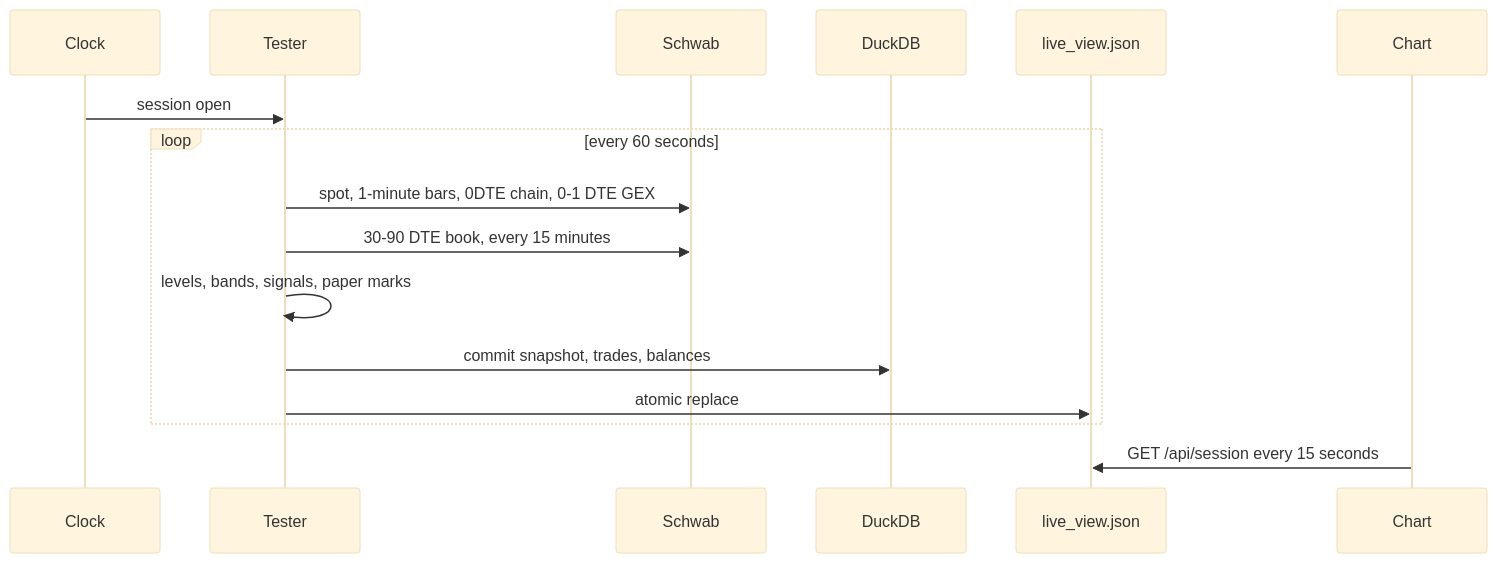
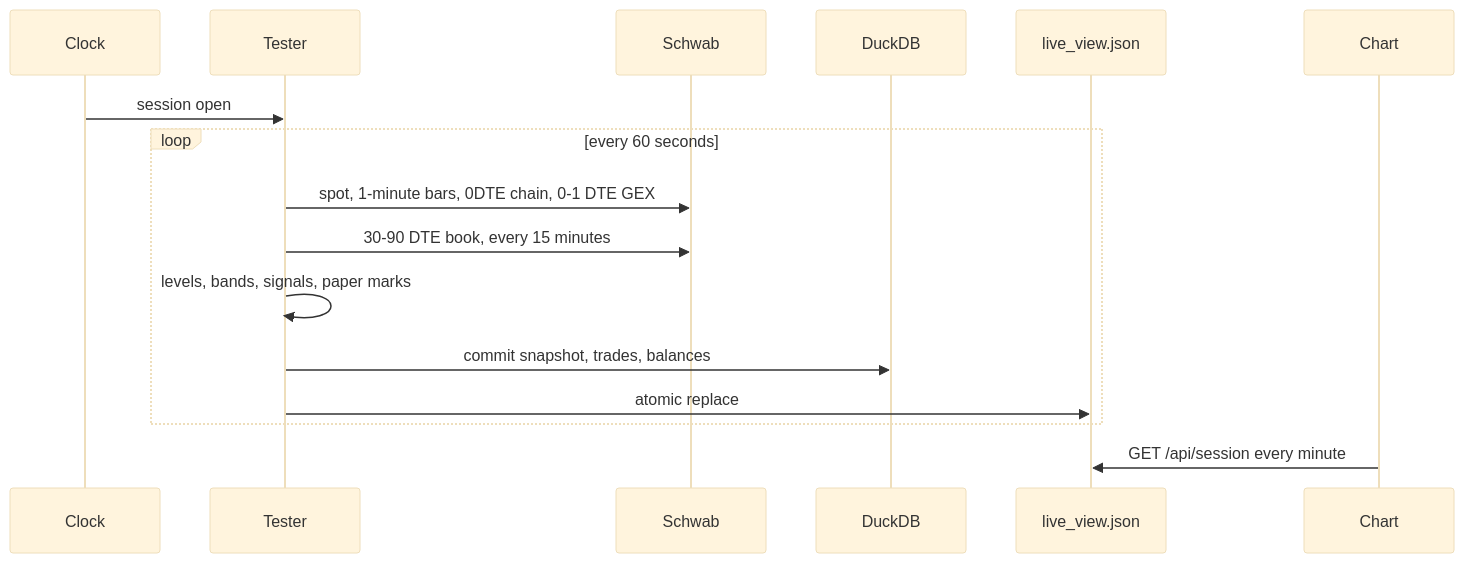
Before and after one commit to DBurca/GEXFlowTrader: the second of 4 diagrams in README.md, drawn with Mermaid (base theme). The commit also changed other lines of this file and 6 other files, not shown here.

````diff
--- a/README.md
+++ b/README.md
@@ -45,19 +45,19 @@
 ```mermaid
 sequenceDiagram
   participant Clock
   participant Tester
   participant Schwab
   participant DuckDB
   participant JSON as live_view.json
   participant Chart
 
   Clock->>Tester: session open
   loop every 60 seconds
     Tester->>Schwab: spot, 1-minute bars, 0DTE chain, 0-1 DTE GEX
     Tester->>Schwab: 30-90 DTE book, every 15 minutes
     Tester->>Tester: levels, bands, signals, paper marks
     Tester->>DuckDB: commit snapshot, trades, balances
     Tester->>JSON: atomic replace
   end
-  Chart->>JSON: GET /api/session every 15 seconds
+  Chart->>JSON: GET /api/session every minute
 ```
````
